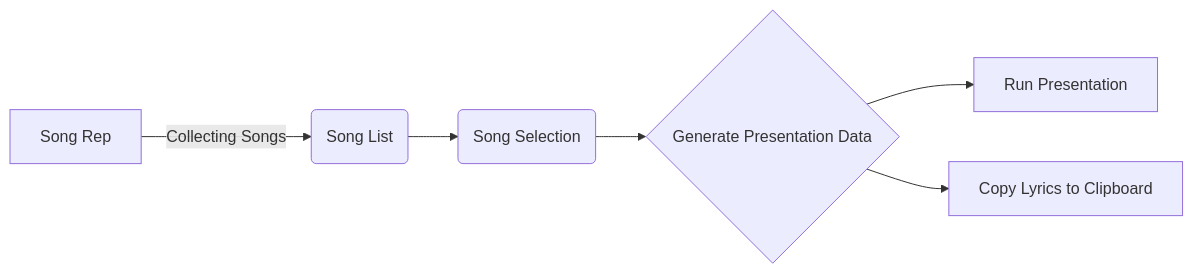
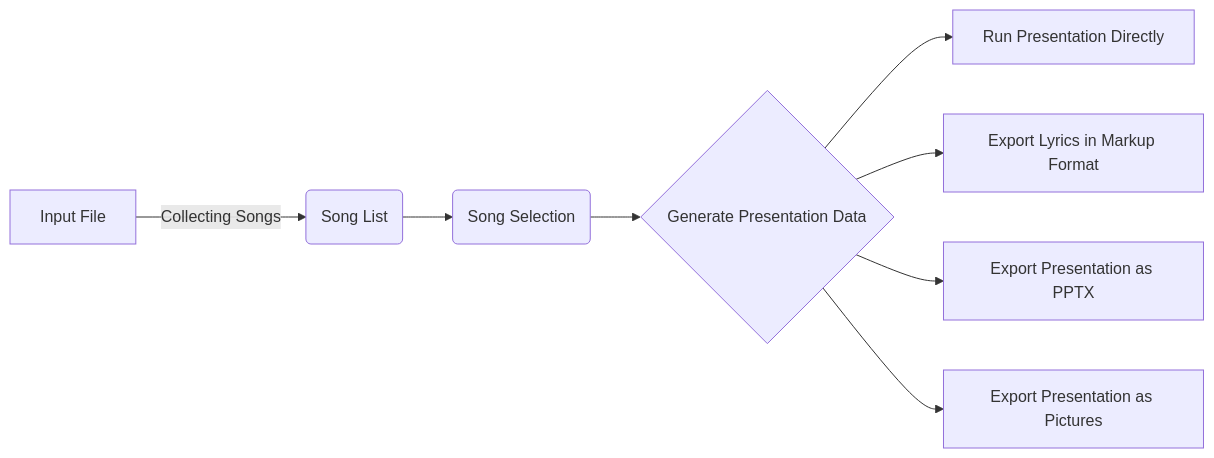
The diagram in content/tutorial/How Cantara Works.en.md (reckel-jm/cantara-webpage), drawn with Mermaid before and after one commit. The commit also changed 3 other files, not shown here.

```diff
--- a/content/tutorial/How Cantara Works.en.md
+++ b/content/tutorial/How Cantara Works.en.md
@@ -19,8 +19,10 @@
 {{<mermaid align="left">}}
 graph LR;
-    A[Song Rep] -->|Collecting Songs| B(Song List)
+    A[Input File] -->|Collecting Songs| B(Song List)
     B --> C(Song Selection)
     C --> D{Generate Presentation Data}
-    D --> E[Run Presentation]
-    D --> F[Copy Lyrics to Clipboard]
+    D --> E[Run Presentation Directly]
+    D --> F[Export Lyrics in Markup Format]
+    D --> G[Export Presentation as PPTX]
+    D --> H[Export Presentation as Pictures]
 {{< /mermaid >}}
```
